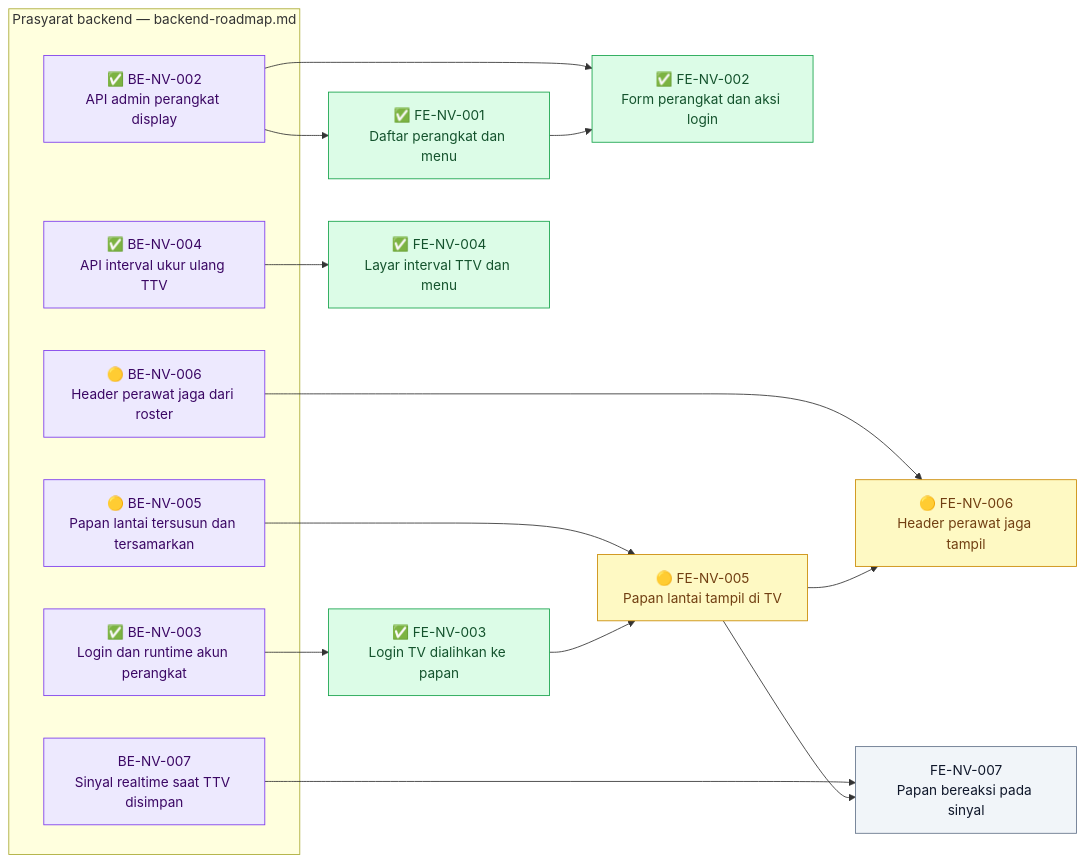
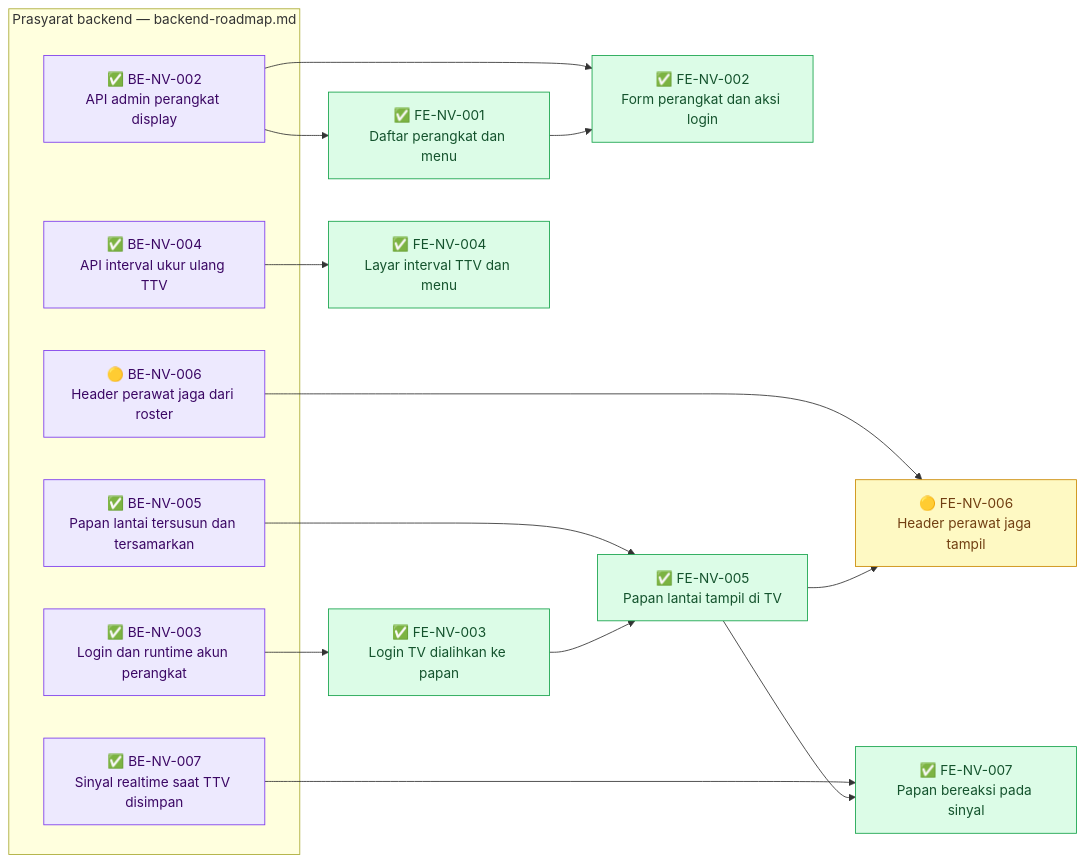
The diagram in docs/module-blueprints/nurse-view/roadmap/frontend-roadmap.md (DevBenari/NewQuilvianSystemBackend), drawn with Mermaid before and after one commit. The commit also changed other lines of this file and 10 other files, not shown here.

````diff
--- a/docs/module-blueprints/nurse-view/roadmap/frontend-roadmap.md
+++ b/docs/module-blueprints/nurse-view/roadmap/frontend-roadmap.md
@@ -20,37 +20,37 @@
 ```mermaid
 flowchart LR
     classDef selesai fill:#DCFCE7,stroke:#16A34A,color:#14532D
     classDef sebagian fill:#FEF9C3,stroke:#CA8A04,color:#713F12
     classDef terblokir fill:#FEE2E2,stroke:#DC2626,color:#7F1D1D
     classDef belum fill:#F1F5F9,stroke:#64748B,color:#0F172A
     classDef luar fill:#EDE9FE,stroke:#7C3AED,color:#3B0764
 
     subgraph backend["Prasyarat backend — backend-roadmap.md"]
         BENV002["✅ BE-NV-002<br/>API admin perangkat display"]:::luar
         BENV003["✅ BE-NV-003<br/>Login dan runtime akun perangkat"]:::luar
         BENV004["✅ BE-NV-004<br/>API interval ukur ulang TTV"]:::luar
-        BENV005["🟡 BE-NV-005<br/>Papan lantai tersusun dan tersamarkan"]:::luar
+        BENV005["✅ BE-NV-005<br/>Papan lantai tersusun dan tersamarkan"]:::luar
         BENV006["🟡 BE-NV-006<br/>Header perawat jaga dari roster"]:::luar
-        BENV007["BE-NV-007<br/>Sinyal realtime saat TTV disimpan"]:::luar
+        BENV007["✅ BE-NV-007<br/>Sinyal realtime saat TTV disimpan"]:::luar
     end
 
     FENV001["✅ FE-NV-001<br/>Daftar perangkat dan menu"]:::selesai
     FENV002["✅ FE-NV-002<br/>Form perangkat dan aksi login"]:::selesai
     FENV003["✅ FE-NV-003<br/>Login TV dialihkan ke papan"]:::selesai
     FENV004["✅ FE-NV-004<br/>Layar interval TTV dan menu"]:::selesai
-    FENV005["🟡 FE-NV-005<br/>Papan lantai tampil di TV"]:::sebagian
+    FENV005["✅ FE-NV-005<br/>Papan lantai tampil di TV"]:::selesai
     FENV006["🟡 FE-NV-006<br/>Header perawat jaga tampil"]:::sebagian
-    FENV007["FE-NV-007<br/>Papan bereaksi pada sinyal"]:::belum
+    FENV007["✅ FE-NV-007<br/>Papan bereaksi pada sinyal"]:::selesai
 
     BENV002 --> FENV001
     BENV002 --> FENV002
     FENV001 --> FENV002
     BENV003 --> FENV003
     BENV004 --> FENV004
     BENV005 --> FENV005
     FENV003 --> FENV005
     BENV006 --> FENV006
     FENV005 --> FENV006
     BENV007 --> FENV007
     FENV005 --> FENV007
 ```
````
